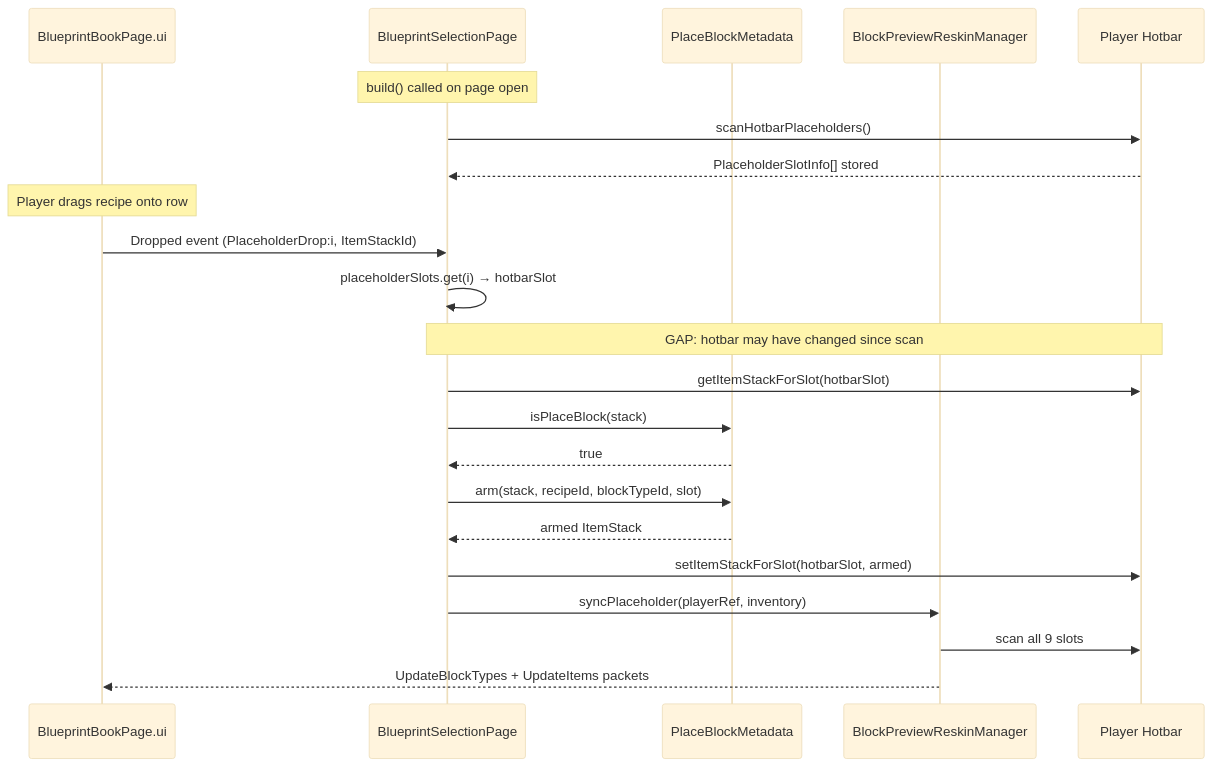
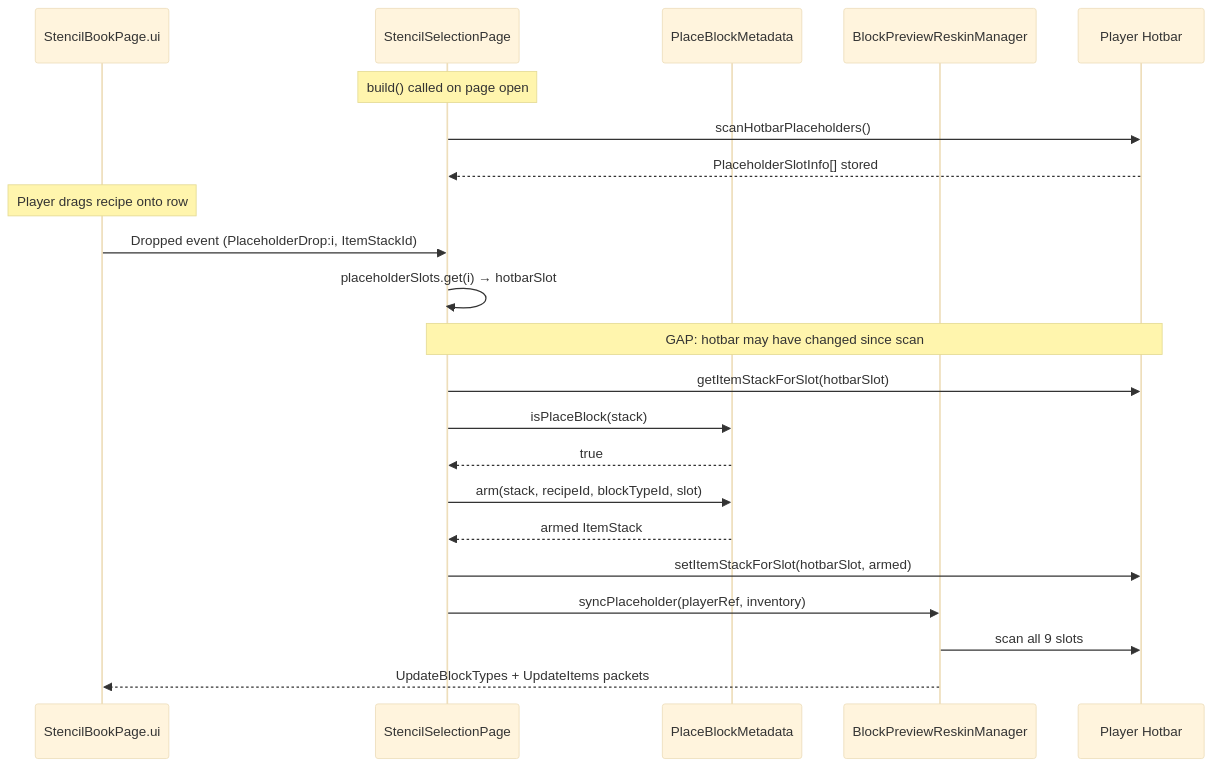
One commit to TheCodeCreature/Hytale-Example-Plugin changed the second of 2 diagrams in docs/review-dynamic-placeholder-list.md. Above: the diagram before and after it, drawn with Mermaid (base theme). The commit also changed other lines of this file and 289 other files, not shown here.

````diff
--- a/docs/review-dynamic-placeholder-list.md
+++ b/docs/review-dynamic-placeholder-list.md
@@ -81,27 +81,27 @@
 ```mermaid
 sequenceDiagram
-    participant UI as BlueprintBookPage.ui
-    participant BSP as BlueprintSelectionPage
+    participant UI as StencilBookPage.ui
+    participant BSP as StencilSelectionPage
     participant PBM as PlaceBlockMetadata
     participant BPRM as BlockPreviewReskinManager
     participant Hotbar as Player Hotbar
 
     Note over BSP: build() called on page open
     BSP->>Hotbar: scanHotbarPlaceholders()
     Hotbar-->>BSP: PlaceholderSlotInfo[] stored
 
     Note over UI: Player drags recipe onto row
     UI->>BSP: Dropped event (PlaceholderDrop:i, ItemStackId)
     BSP->>BSP: placeholderSlots.get(i) → hotbarSlot
 
     Note over BSP,Hotbar: GAP: hotbar may have changed since scan
     BSP->>Hotbar: getItemStackForSlot(hotbarSlot)
     BSP->>PBM: isPlaceBlock(stack)
     PBM-->>BSP: true
     BSP->>PBM: arm(stack, recipeId, blockTypeId, slot)
     PBM-->>BSP: armed ItemStack
     BSP->>Hotbar: setItemStackForSlot(hotbarSlot, armed)
     BSP->>BPRM: syncPlaceholder(playerRef, inventory)
     BPRM->>Hotbar: scan all 9 slots
     BPRM-->>UI: UpdateBlockTypes + UpdateItems packets
 ```
````
